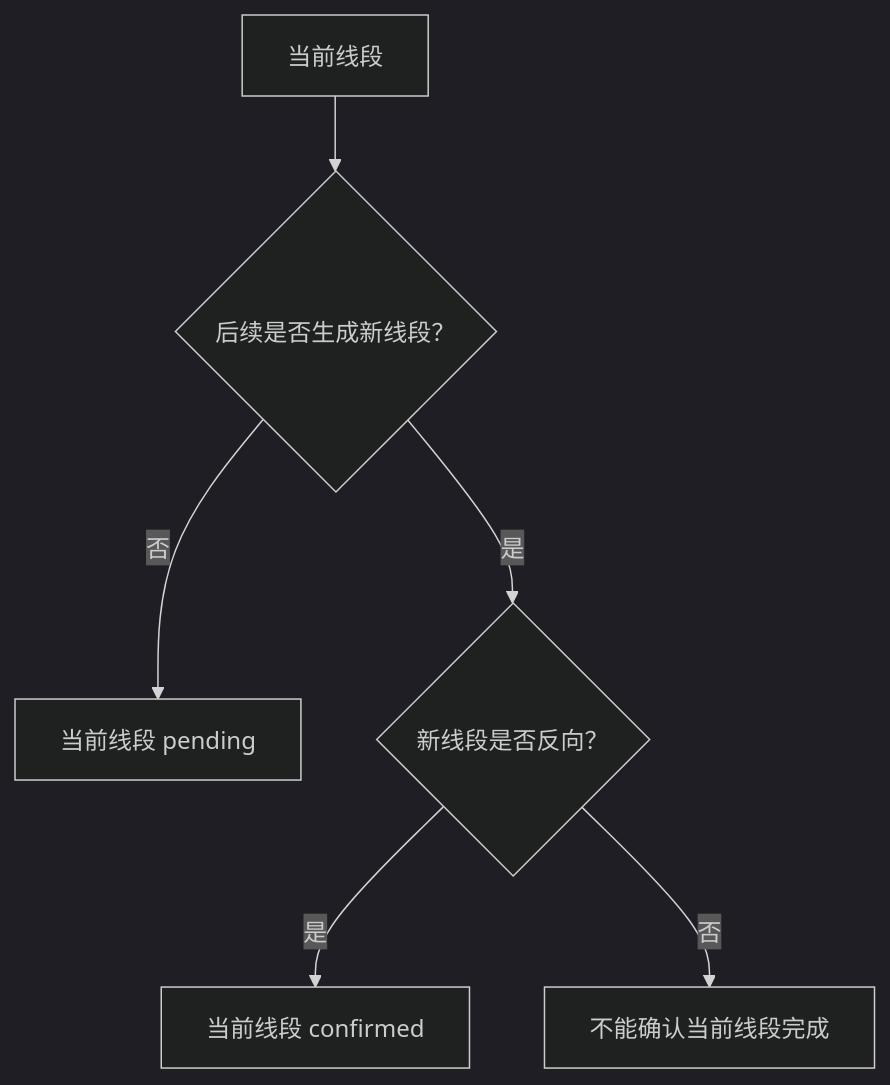
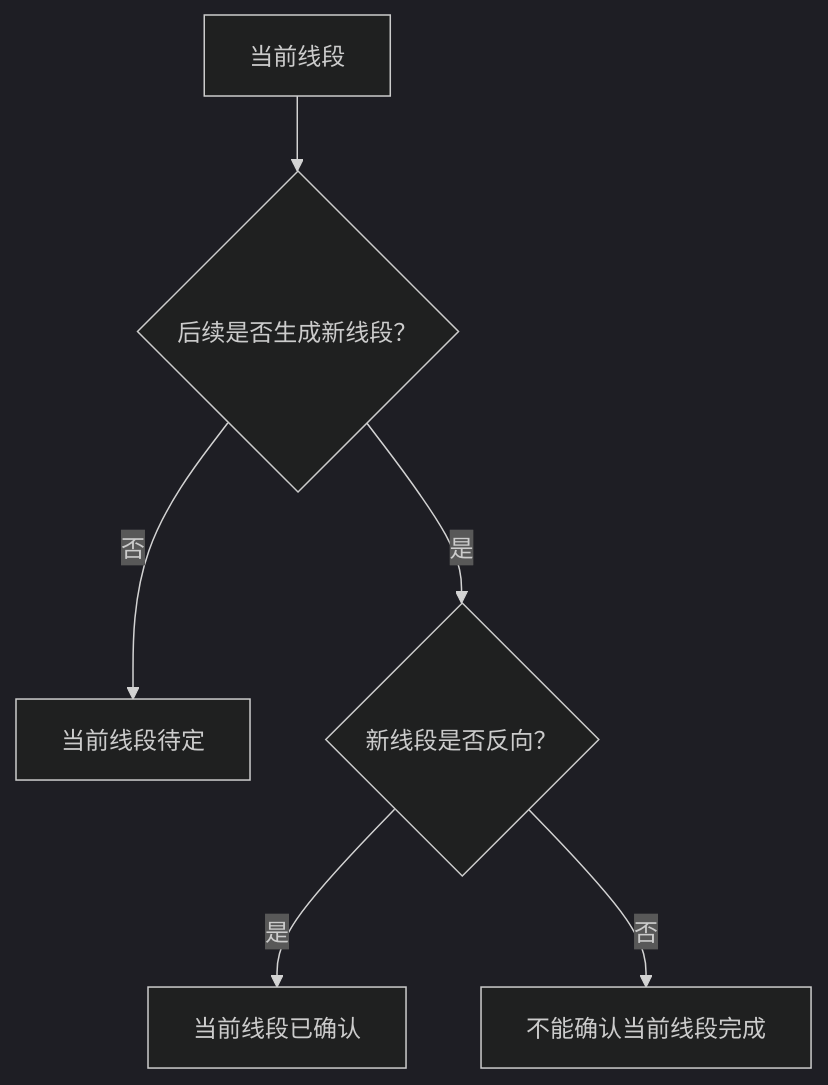
One commit to shenjee/stockpilot changed the sixth of 9 diagrams in docs/stock_technical_concepts.zh.md. Above: the diagram before and after it, drawn with Mermaid (dark theme). The commit also changed other lines of this file, not shown here.

````diff
--- a/docs/stock_technical_concepts.zh.md
+++ b/docs/stock_technical_concepts.zh.md
@@ -184,8 +167,8 @@
 ```mermaid
 flowchart TD
     A["当前线段"] --> B{"后续是否生成新线段？"}
-    B -- "否" --> C["当前线段 pending"]
+    B -- "否" --> C["当前线段待定"]
     B -- "是" --> D{"新线段是否反向？"}
-    D -- "是" --> E["当前线段 confirmed"]
+    D -- "是" --> E["当前线段已确认"]
     D -- "否" --> F["不能确认当前线段完成"]
 ```
````
